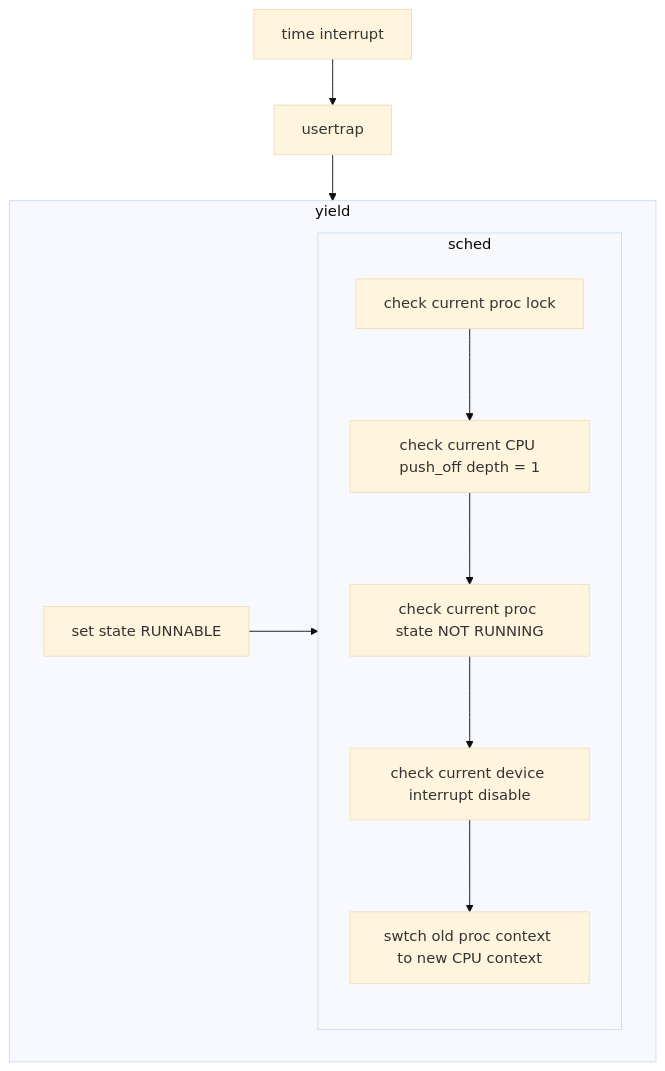
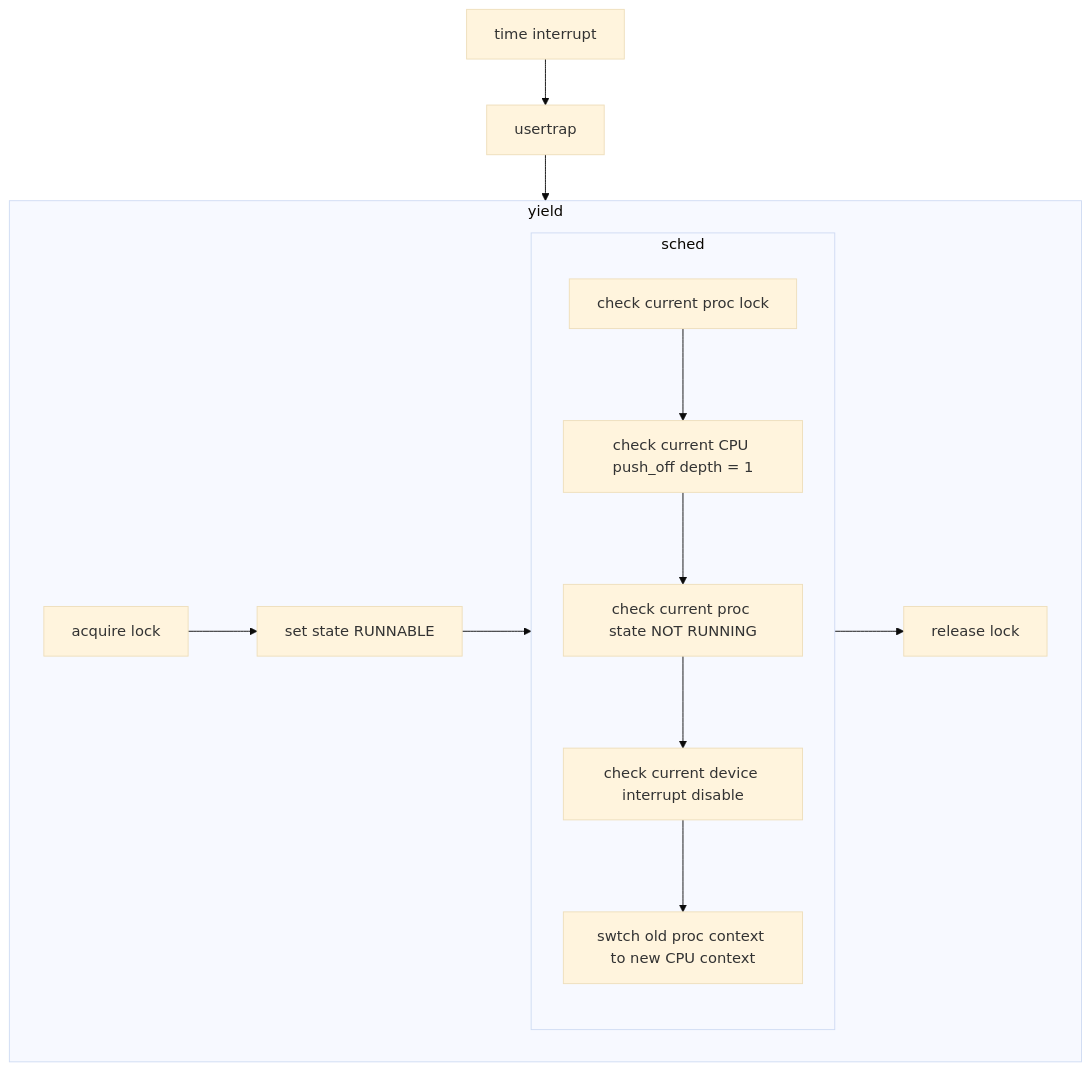
One commit to guisongchen/notes-of-6.S081 changed the diagram in scheduling.md. Above: the diagram before and after it, drawn with Mermaid (base theme). The commit also changed other lines of this file, not shown here.

````diff
--- a/scheduling.md
+++ b/scheduling.md
@@ -110,24 +73,27 @@
 ```mermaid
 flowchart TB
 	t0[time interrupt]
 	t1[usertrap]
 	t0 --> t1
 	
 	subgraph s0[yield]
+	t8[acquire lock]
 	t2[set state RUNNABLE]
+	t8 --> t2
 	
 	subgraph s1[sched]
 	t3[check current proc lock]
 	t4[check current CPU push_off depth = 1]
 	t5[check current proc state NOT RUNNING]
 	t6[check current device interrupt disable]
 	t3 --> t4 --> t5 --> t6
 	t6 --> t7[swtch old proc context to new CPU context]
 	end
 	
-	t2 --> s1
+	t9[release lock]
+	t2 --> s1 --> t9
 	end
 	
 	t1 --> s0
 	
 ```
````
